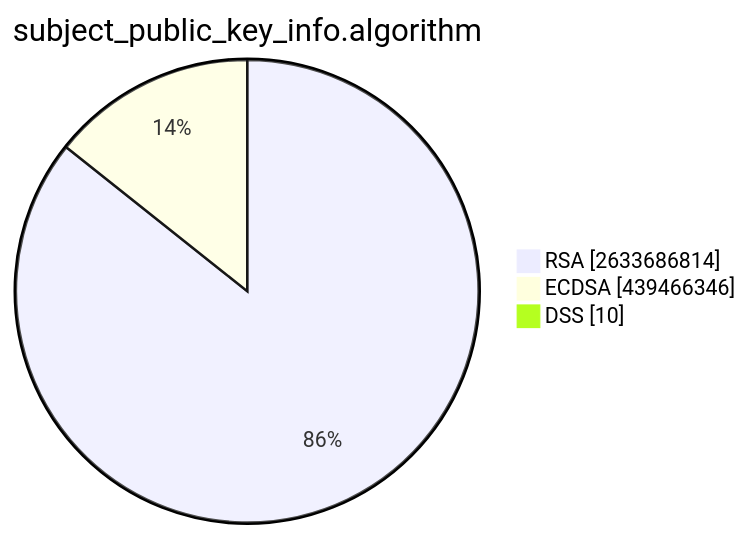
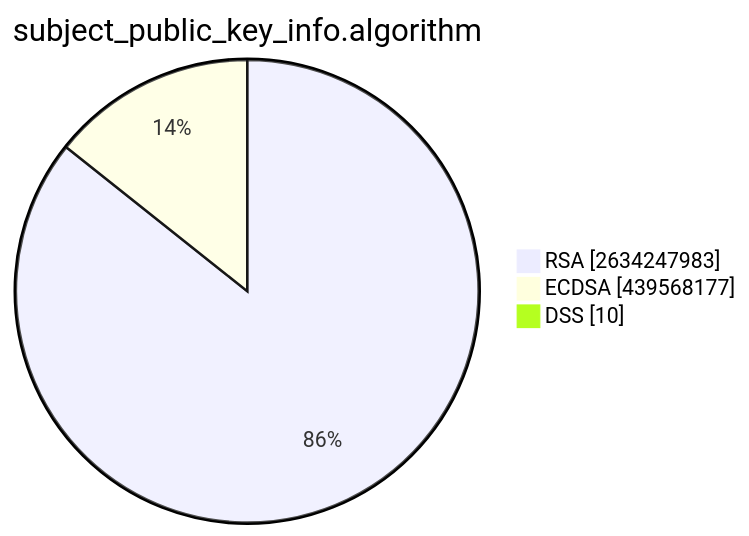
One commit to christiankrug/ctmonitor_visualization changed the second of 15 diagrams in TOTAL/README.md. Above: the diagram before and after it, drawn with Mermaid. The commit also changed other lines of this file, not shown here.

````diff
--- a/TOTAL/README.md
+++ b/TOTAL/README.md
@@ -6,7 +6,7 @@
 ```mermaid
 pie showData
 title subject_public_key_info.algorithm
-"RSA" :2633686814
-"ECDSA" :439466346
+"RSA" :2634247983
+"ECDSA" :439568177
 "DSS" :10
 ```
````
